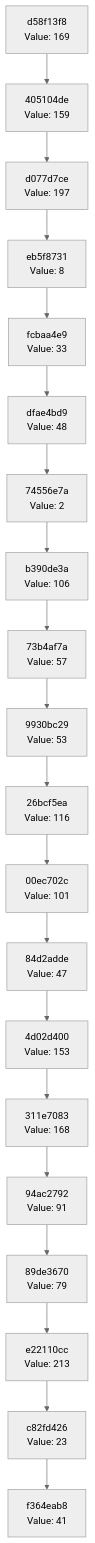
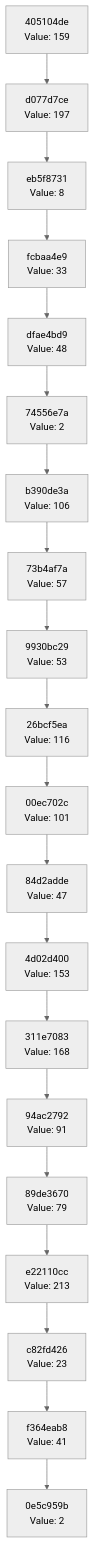
Before and after one commit to Abhisheksinha1506/hash-chain-evolver: the diagram in docs/CHAIN_VISUALIZATION.md, drawn with Mermaid (neutral theme). The commit also changed 1 other file, not shown here.

Commit message:
Evolution Step

````diff
--- a/docs/CHAIN_VISUALIZATION.md
+++ b/docs/CHAIN_VISUALIZATION.md
@@ -3,42 +3,42 @@
 ```mermaid
 graph TD
-    C0["f364eab8<br/>Value: 41"]
-    C1["c82fd426<br/>Value: 23"]
+    C0["0e5c959b<br/>Value: 2"]
+    C1["f364eab8<br/>Value: 41"]
     C1 --> C0
-    C2["e22110cc<br/>Value: 213"]
+    C2["c82fd426<br/>Value: 23"]
     C2 --> C1
-    C3["89de3670<br/>Value: 79"]
+    C3["e22110cc<br/>Value: 213"]
     C3 --> C2
-    C4["94ac2792<br/>Value: 91"]
+    C4["89de3670<br/>Value: 79"]
     C4 --> C3
-    C5["311e7083<br/>Value: 168"]
+    C5["94ac2792<br/>Value: 91"]
     C5 --> C4
-    C6["4d02d400<br/>Value: 153"]
+    C6["311e7083<br/>Value: 168"]
     C6 --> C5
-    C7["84d2adde<br/>Value: 47"]
+    C7["4d02d400<br/>Value: 153"]
     C7 --> C6
-    C8["00ec702c<br/>Value: 101"]
+    C8["84d2adde<br/>Value: 47"]
     C8 --> C7
-    C9["26bcf5ea<br/>Value: 116"]
+    C9["00ec702c<br/>Value: 101"]
     C9 --> C8
-    C10["9930bc29<br/>Value: 53"]
+    C10["26bcf5ea<br/>Value: 116"]
     C10 --> C9
-    C11["73b4af7a<br/>Value: 57"]
+    C11["9930bc29<br/>Value: 53"]
     C11 --> C10
-    C12["b390de3a<br/>Value: 106"]
+    C12["73b4af7a<br/>Value: 57"]
     C12 --> C11
-    C13["74556e7a<br/>Value: 2"]
+    C13["b390de3a<br/>Value: 106"]
     C13 --> C12
-    C14["dfae4bd9<br/>Value: 48"]
+    C14["74556e7a<br/>Value: 2"]
     C14 --> C13
-    C15["fcbaa4e9<br/>Value: 33"]
+    C15["dfae4bd9<br/>Value: 48"]
     C15 --> C14
-    C16["eb5f8731<br/>Value: 8"]
+    C16["fcbaa4e9<br/>Value: 33"]
     C16 --> C15
-    C17["d077d7ce<br/>Value: 197"]
+    C17["eb5f8731<br/>Value: 8"]
     C17 --> C16
-    C18["405104de<br/>Value: 159"]
+    C18["d077d7ce<br/>Value: 197"]
     C18 --> C17
-    C19["d58f13f8<br/>Value: 169"]
+    C19["405104de<br/>Value: 159"]
     C19 --> C18
 ```
````
